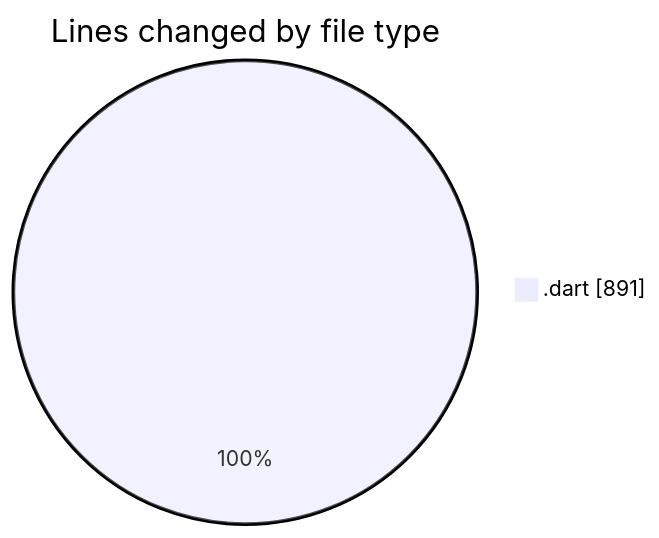
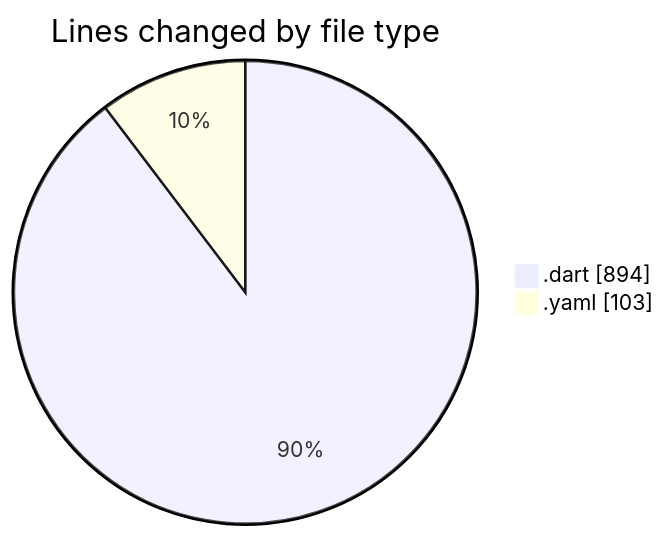
One commit to donsfak/code-tracking changed the first of 2 diagrams in 2025-02-25/trackers_app/README.md. Above: the diagram before and after it, drawn with Mermaid. The commit also changed other lines of this file and 1 other file, not shown here.

````diff
--- a/2025-02-25/trackers_app/README.md
+++ b/2025-02-25/trackers_app/README.md
@@ -24,5 +25,6 @@
 ```mermaid
 pie showData
 title Lines changed by file type
-".dart" : 891
+".dart" : 894
+".yaml" : 103
 ```
````
